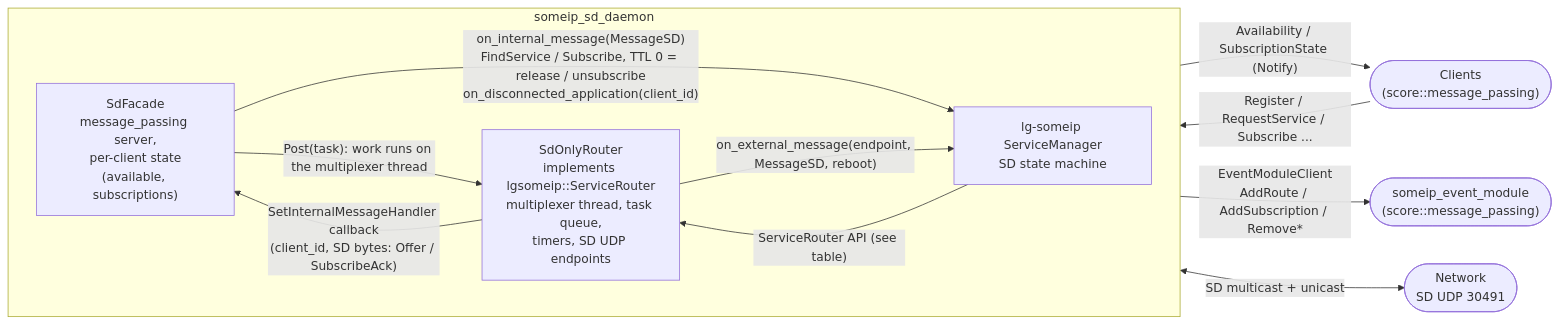
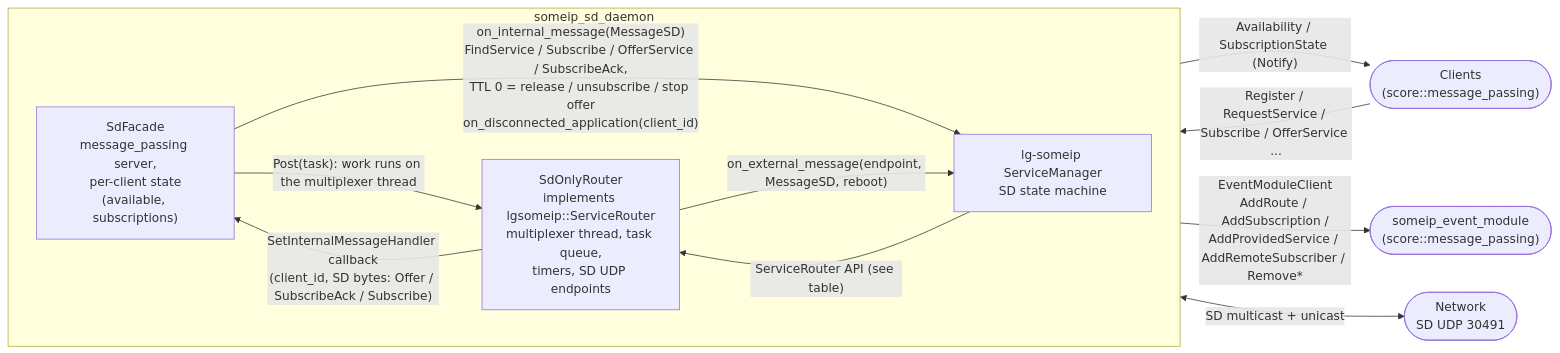
Before and after one commit to sergejwinterbmw/communication: the second of 2 diagrams in experimental/someip_sd/README.md, drawn with Mermaid. The commit also changed other lines of this file and 18 other files, not shown here.

````diff
--- a/experimental/someip_sd/README.md
+++ b/experimental/someip_sd/README.md
@@ -88,28 +112,28 @@
 ```mermaid
 flowchart LR
     client(["Clients<br/>(score::message_passing)"])
 
     subgraph daemon["someip_sd_daemon"]
         direction LR
         facade["SdFacade<br/>message_passing server,<br/>per-client state<br/>(available, subscriptions)"]
         sm["lg-someip ServiceManager<br/>SD state machine"]
         router["SdOnlyRouter<br/>implements lgsomeip::ServiceRouter<br/>multiplexer thread, task queue,<br/>timers, SD UDP endpoints"]
     end
 
     net(["Network<br/>SD UDP 30491"])
     module(["someip_event_module<br/>(score::message_passing)"])
 
-    client -- "Register / RequestService / Subscribe ..." --> facade
+    client -- "Register / RequestService / Subscribe / OfferService ..." --> facade
     facade -- "Availability / SubscriptionState (Notify)" --> client
 
     facade -- "Post(task): work runs on the multiplexer thread" --> router
-    facade -- "on_internal_message(MessageSD)<br/>FindService / Subscribe, TTL 0 = release / unsubscribe<br/>on_disconnected_application(client_id)" --> sm
+    facade -- "on_internal_message(MessageSD)<br/>FindService / Subscribe / OfferService / SubscribeAck,<br/>TTL 0 = release / unsubscribe / stop offer<br/>on_disconnected_application(client_id)" --> sm
 
-    router -- "SetInternalMessageHandler callback<br/>(client_id, SD bytes: Offer / SubscribeAck)" --> facade
+    router -- "SetInternalMessageHandler callback<br/>(client_id, SD bytes: Offer / SubscribeAck / Subscribe)" --> facade
 
     router -- "on_external_message(endpoint, MessageSD, reboot)" --> sm
     sm -- "ServiceRouter API (see table)" --> router
-    router -- "EventModuleClient<br/>AddRoute / AddSubscription / Remove*" --> module
+    router -- "EventModuleClient<br/>AddRoute / AddSubscription /<br/>AddProvidedService / AddRemoteSubscriber / Remove*" --> module
 
     router <-- "SD multicast + unicast" --> net
 ```
````
